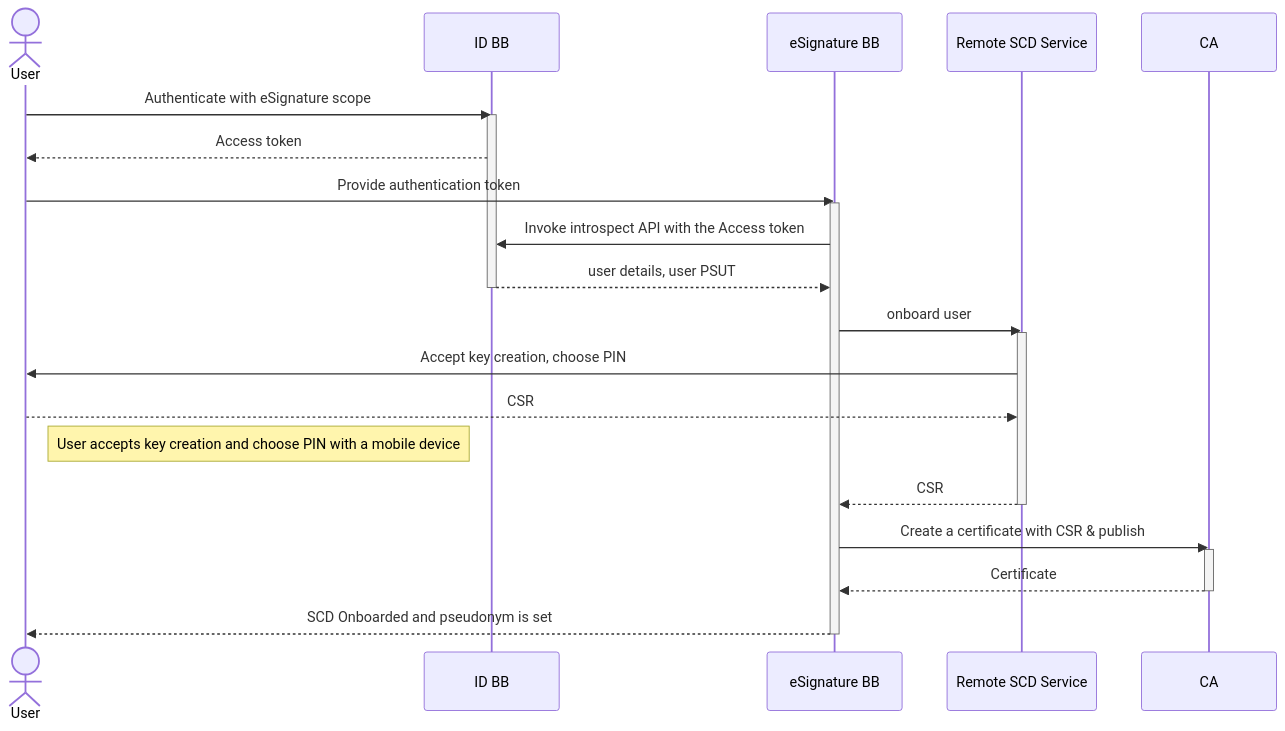
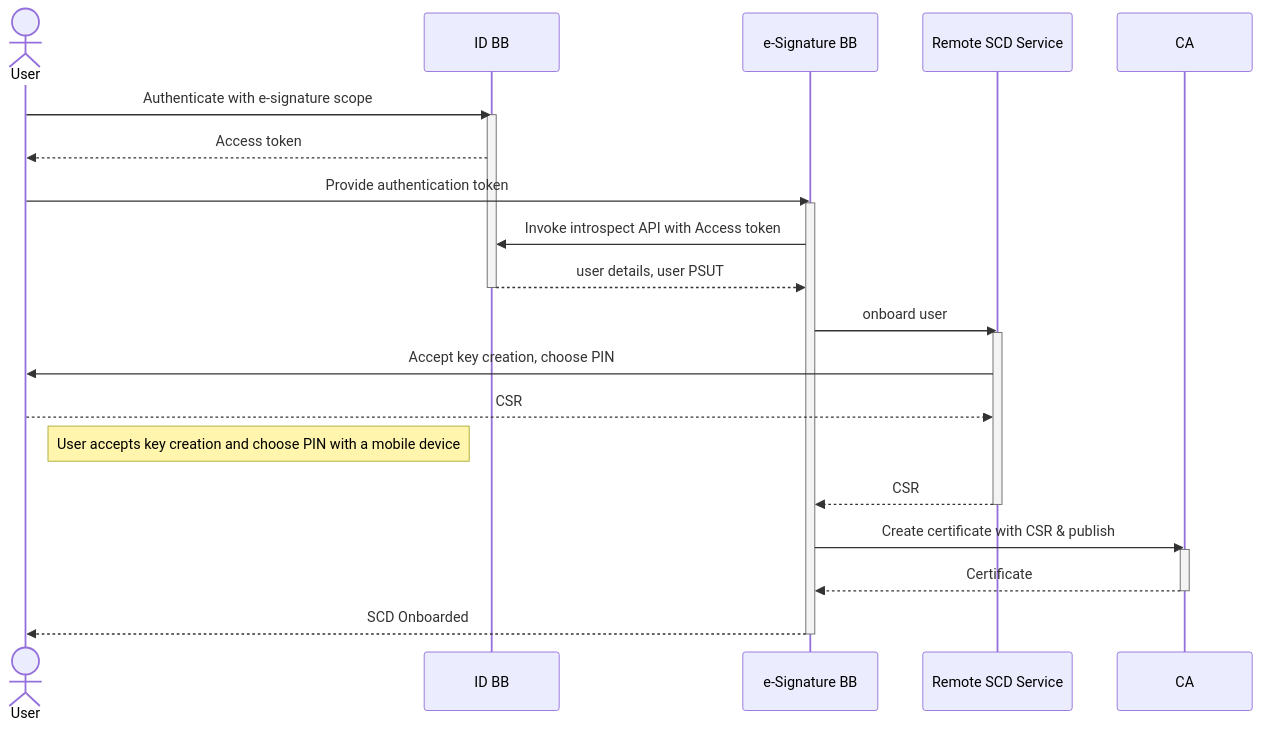
The second of 3 diagrams in spec/9-workflows.md (GovStackWorkingGroup/bb-esignature), drawn with Mermaid before and after one commit. The commit also changed other lines of this file and 10 other files, not shown here.

````diff
--- a/spec/9-workflows.md
+++ b/spec/9-workflows.md
@@ -99,26 +91,26 @@
 ```mermaid
 sequenceDiagram
     actor User
-    User->>ID BB: Authenticate with eSignature scope
+    User->>ID BB: Authenticate with e-signature scope
     activate ID BB
     ID BB-->>User: Access token
-    User->>eSignature BB: Provide authentication token
-    activate eSignature BB
-    eSignature BB->>ID BB: Invoke introspect API with the Access token
-    ID BB-->>eSignature BB: user details, user PSUT
+    User->>e-Signature BB: Provide authentication token
+    activate e-Signature BB
+    e-Signature BB->>ID BB: Invoke introspect API with Access token
+    ID BB-->>e-Signature BB: user details, user PSUT
     deactivate ID BB
-    eSignature BB->>Remote SCD Service: onboard user
+    e-Signature BB->>Remote SCD Service: onboard user
     activate Remote SCD Service
     Remote SCD Service->>User: Accept key creation, choose PIN
     User-->>Remote SCD Service: CSR
     Note right of User: User accepts key creation and choose PIN with a mobile device
-    Remote SCD Service-->>eSignature BB: CSR
+    Remote SCD Service-->>e-Signature BB: CSR
     deactivate Remote SCD Service
-    eSignature BB->>CA: Create a certificate with CSR & publish
+    e-Signature BB->>CA: Create certificate with CSR & publish
     activate CA
-    CA-->>eSignature BB: Certificate
+    CA-->>e-Signature BB: Certificate
     deactivate CA
-    eSignature BB-->>User: SCD Onboarded and pseudonym is set
-    deactivate eSignature BB
+    e-Signature BB-->>User: SCD Onboarded
+    deactivate e-Signature BB
 
 ```
````
